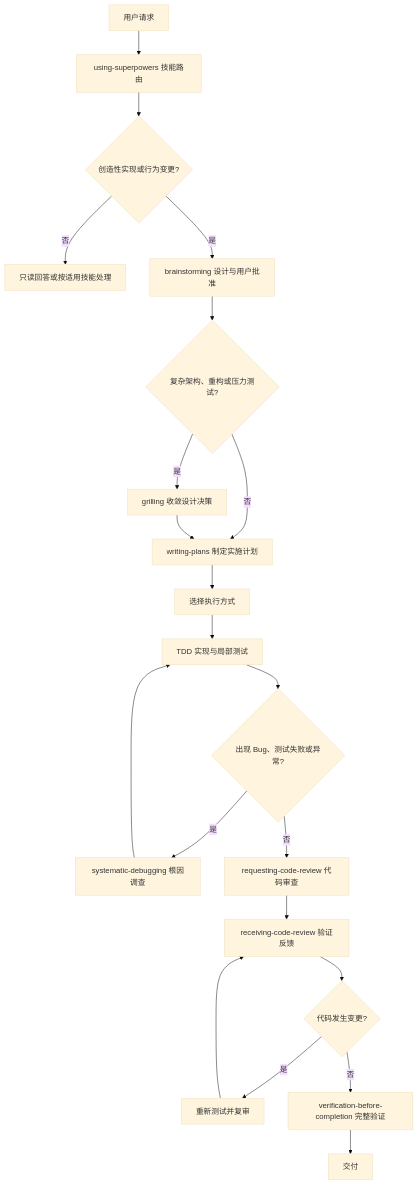
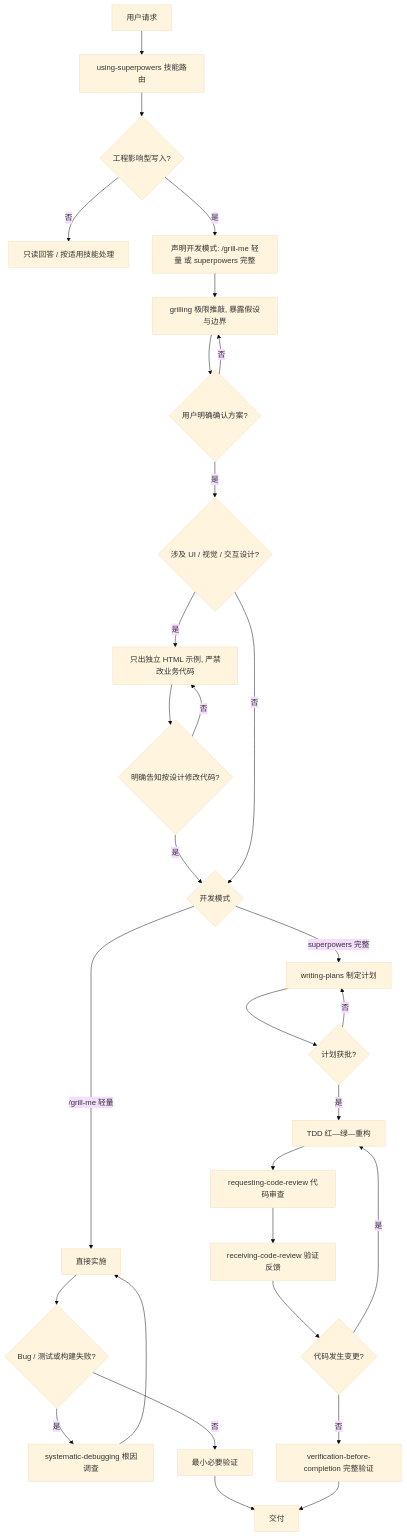
The diagram in README.md (jxoday/DevSkill), drawn with Mermaid (base theme) before and after one commit. The commit also changed other lines of this file and 29 other files, not shown here.

````diff
--- a/README.md
+++ b/README.md
@@ -103,23 +111,32 @@
 ```mermaid
 flowchart TD
     A[用户请求] --> B[using-superpowers 技能路由]
-    B --> C{创造性实现或行为变更?}
-    C -- 否 --> D[只读回答或按适用技能处理]
-    C -- 是 --> E[brainstorming 设计与用户批准]
-    E --> F{复杂架构、重构或压力测试?}
-    F -- 是 --> G[grilling 收敛设计决策]
-    F -- 否 --> H[writing-plans 制定实施计划]
-    G --> H
-    H --> I[选择执行方式]
-    I --> J[TDD 实现与局部测试]
-    J --> K{出现 Bug、测试失败或异常?}
-    K -- 是 --> L[systematic-debugging 根因调查]
-    L --> J
-    K -- 否 --> M[requesting-code-review 代码审查]
-    M --> N[receiving-code-review 验证反馈]
-    N --> O{代码发生变更?}
-    O -- 是 --> P[重新测试并复审]
-    P --> N
-    O -- 否 --> Q[verification-before-completion 完整验证]
-    Q --> R[交付]
+    B --> C{工程影响型写入?}
+    C -- 否 --> D[只读回答 / 按适用技能处理]
+    C -- 是 --> E[声明开发模式: /grill-me 轻量 或 superpowers 完整]
+    E --> F[grilling 极限推敲, 暴露假设与边界]
+    F --> G{用户明确确认方案?}
+    G -- 否 --> F
+    G -- 是 --> H{涉及 UI / 视觉 / 交互设计?}
+    H -- 是 --> I[只出独立 HTML 示例, 严禁改业务代码]
+    I --> J{明确告知按设计修改代码?}
+    J -- 否 --> I
+    J -- 是 --> K{开发模式}
+    H -- 否 --> K
+    K -- /grill-me 轻量 --> L[直接实施]
+    L --> M{Bug / 测试或构建失败?}
+    M -- 是 --> N[systematic-debugging 根因调查]
+    N --> L
+    M -- 否 --> O[最小必要验证]
+    O --> P[交付]
+    K -- superpowers 完整 --> Q[writing-plans 制定计划]
+    Q --> R{计划获批?}
+    R -- 否 --> Q
+    R -- 是 --> S[TDD 红—绿—重构]
+    S --> T[requesting-code-review 代码审查]
+    T --> U[receiving-code-review 验证反馈]
+    U --> V{代码发生变更?}
+    V -- 是 --> S
+    V -- 否 --> W[verification-before-completion 完整验证]
+    W --> P
 ```
````
